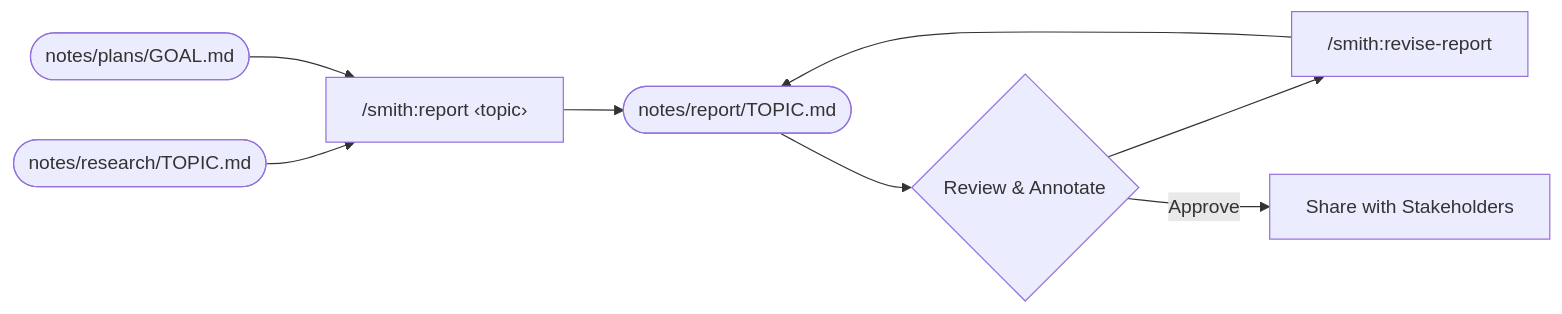
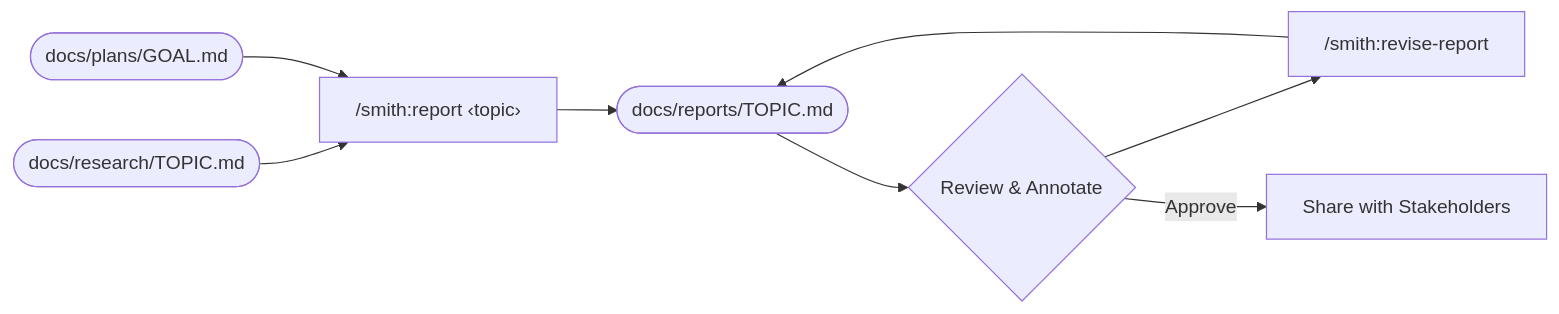
The third of 4 diagrams in smith/README.md (brettbuddin/claude-plugins), drawn with Mermaid before and after one commit. The commit also changed other lines of this file and 14 other files, not shown here.

````diff
--- a/smith/README.md
+++ b/smith/README.md
@@ -61,9 +61,9 @@
 ```mermaid
 flowchart LR
-    RD(["notes/research/TOPIC.md"]) --> RP["/smith:report ‹topic›"]
-    PD(["notes/plans/GOAL.md"]) --> RP
-    RP --> RPD(["notes/report/TOPIC.md"])
+    RD(["docs/research/TOPIC.md"]) --> RP["/smith:report ‹topic›"]
+    PD(["docs/plans/GOAL.md"]) --> RP
+    RP --> RPD(["docs/reports/TOPIC.md"])
     RPD --> RPR{"Review & Annotate"}
     RPR --> RPV["/smith:revise-report"] --> RPD
     RPR -->|Approve| S["Share with Stakeholders"]
 ```
````
